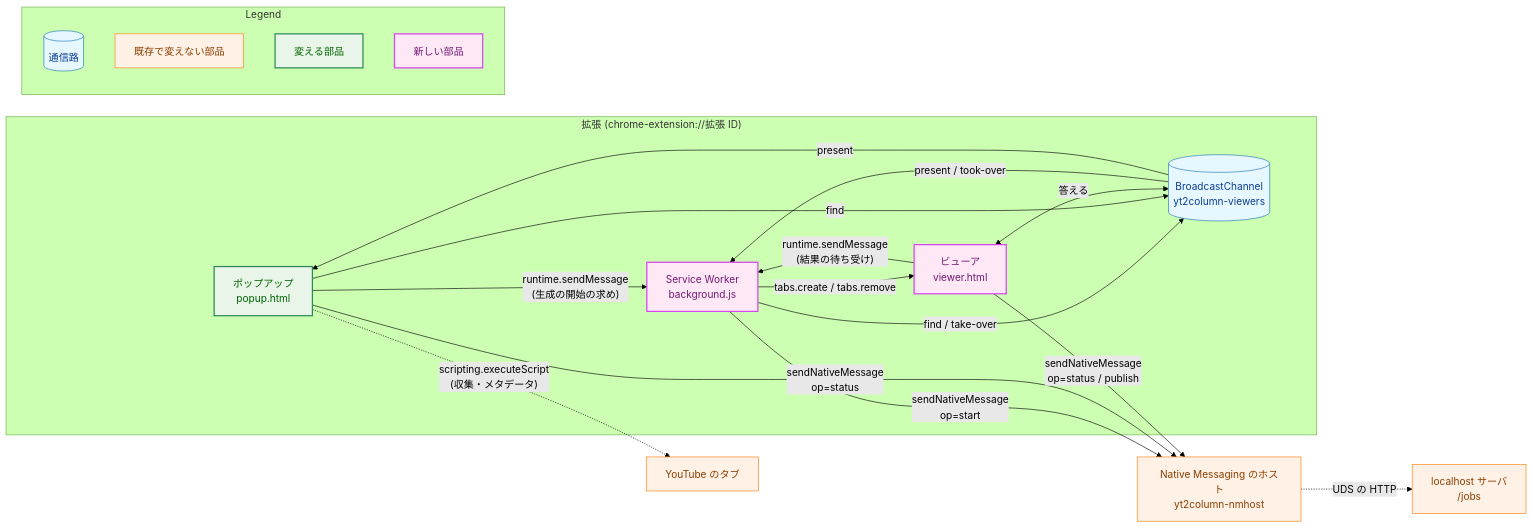
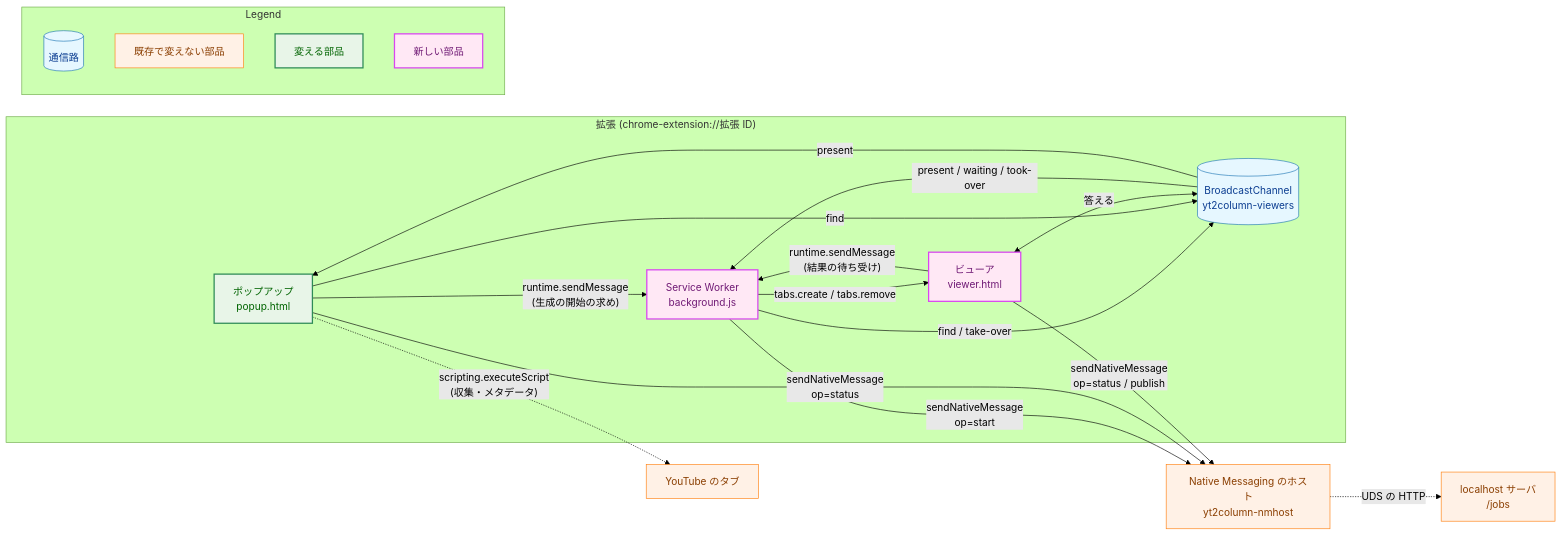
One commit to isseis/yt2column changed the second of 11 diagrams in docs/tasks/0050_viewer_tab/02_architecture.md. Above: the diagram before and after it, drawn with Mermaid (forest theme). The commit also changed other lines of this file, not shown here.

First line of the commit message:
docs(0050): address the architecture review and polish the Japanese

````diff
--- a/docs/tasks/0050_viewer_tab/02_architecture.md
+++ b/docs/tasks/0050_viewer_tab/02_architecture.md
@@ -98,47 +121,47 @@
 ```mermaid
 flowchart LR
     classDef data fill:#e6f7ff,stroke:#1f77b4,stroke-width:1px,color:#0b3d91;
     classDef process fill:#fff1e6,stroke:#ff7f0e,stroke-width:1px,color:#8a3e00;
     classDef enhanced fill:#e8f5e8,stroke:#2e8b57,stroke-width:2px,color:#006400;
     classDef newpkg fill:#ffe8f5,stroke:#d946ef,stroke-width:2px,color:#701a75;
 
     subgraph EXT["拡張 (chrome-extension://拡張 ID)"]
         POPUP["ポップアップ<br>popup.html"]
         SW["Service Worker<br>background.js"]
         VIEWER["ビューア<br>viewer.html"]
         BC[("BroadcastChannel<br>yt2column-viewers")]
     end
     YT["YouTube のタブ"]
     HOST["Native Messaging のホスト<br>yt2column-nmhost"]
     SERVER["localhost サーバ<br>/jobs"]
 
     POPUP -.->|"scripting.executeScript<br>(収集・メタデータ)"| YT
     POPUP -->|"runtime.sendMessage<br>(生成の開始の求め)"| SW
     SW -->|"tabs.create / tabs.remove"| VIEWER
     VIEWER -->|"runtime.sendMessage<br>(結果の待ち受け)"| SW
     SW -->|"find / take-over"| BC
     POPUP -->|"find"| BC
-    BC -->|"present / took-over"| SW
+    BC -->|"present / waiting / took-over"| SW
     BC -->|"present"| POPUP
     VIEWER <-->|"答える"| BC
     SW -->|"sendNativeMessage<br>op=start"| HOST
     POPUP -->|"sendNativeMessage<br>op=status"| HOST
     VIEWER -->|"sendNativeMessage<br>op=status / publish"| HOST
     HOST -.->|"UDS の HTTP"| SERVER
 
     class BC data
     class YT,HOST,SERVER process
     class POPUP enhanced
     class SW,VIEWER newpkg
 
     subgraph Legend["Legend"]
         L1[("通信路")]
         L2["既存で変えない部品"]
         L3["変える部品"]
         L4["新しい部品"]
     end
     class L1 data
     class L2 process
     class L3 enhanced
     class L4 newpkg
 ```
````
